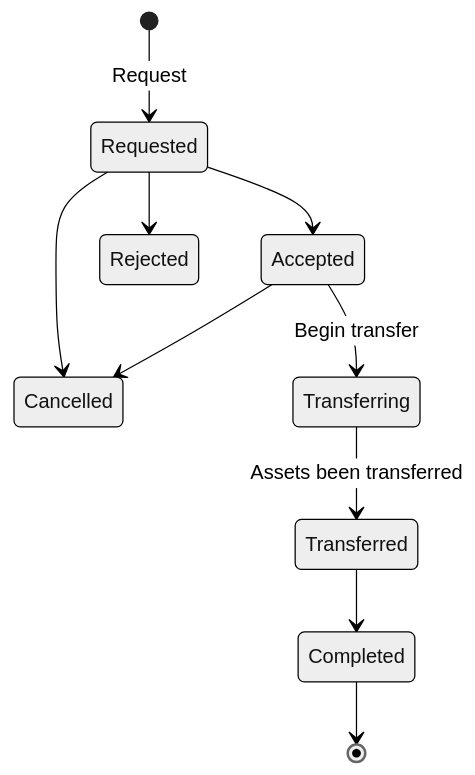
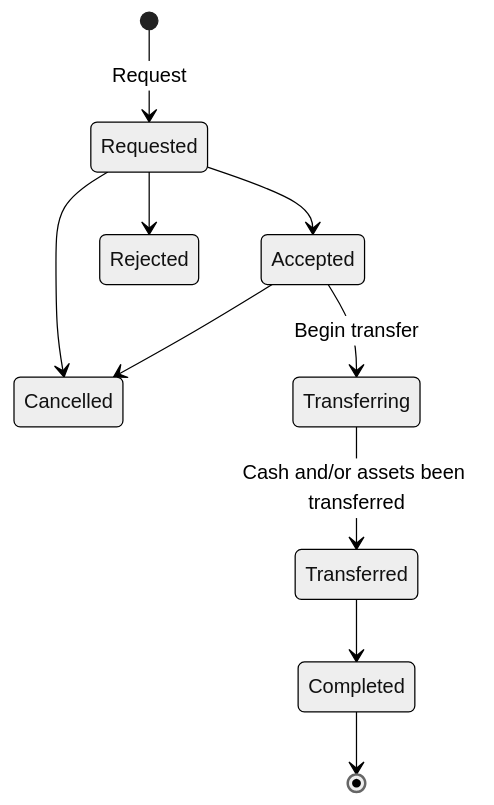
The diagram in docs/outbound-transfers/Basics.md (wealthkernel/api-documentation-guides), drawn with Mermaid (neutral theme) before and after one commit. The commit also changed other lines of this file, not shown here.

````diff
--- a/docs/outbound-transfers/Basics.md
+++ b/docs/outbound-transfers/Basics.md
@@ -19,12 +19,12 @@
 ```mermaid
 stateDiagram-v2
     [*] --> Requested: Request
     Requested --> Accepted
     Requested --> Rejected
     Requested --> Cancelled
     Accepted --> Transferring: Begin transfer
     Accepted --> Cancelled
-    Transferring --> Transferred: Assets been transferred
+    Transferring --> Transferred: Cash and/or assets been transferred
     Transferred --> Completed
     Completed --> [*]
 ```
````
